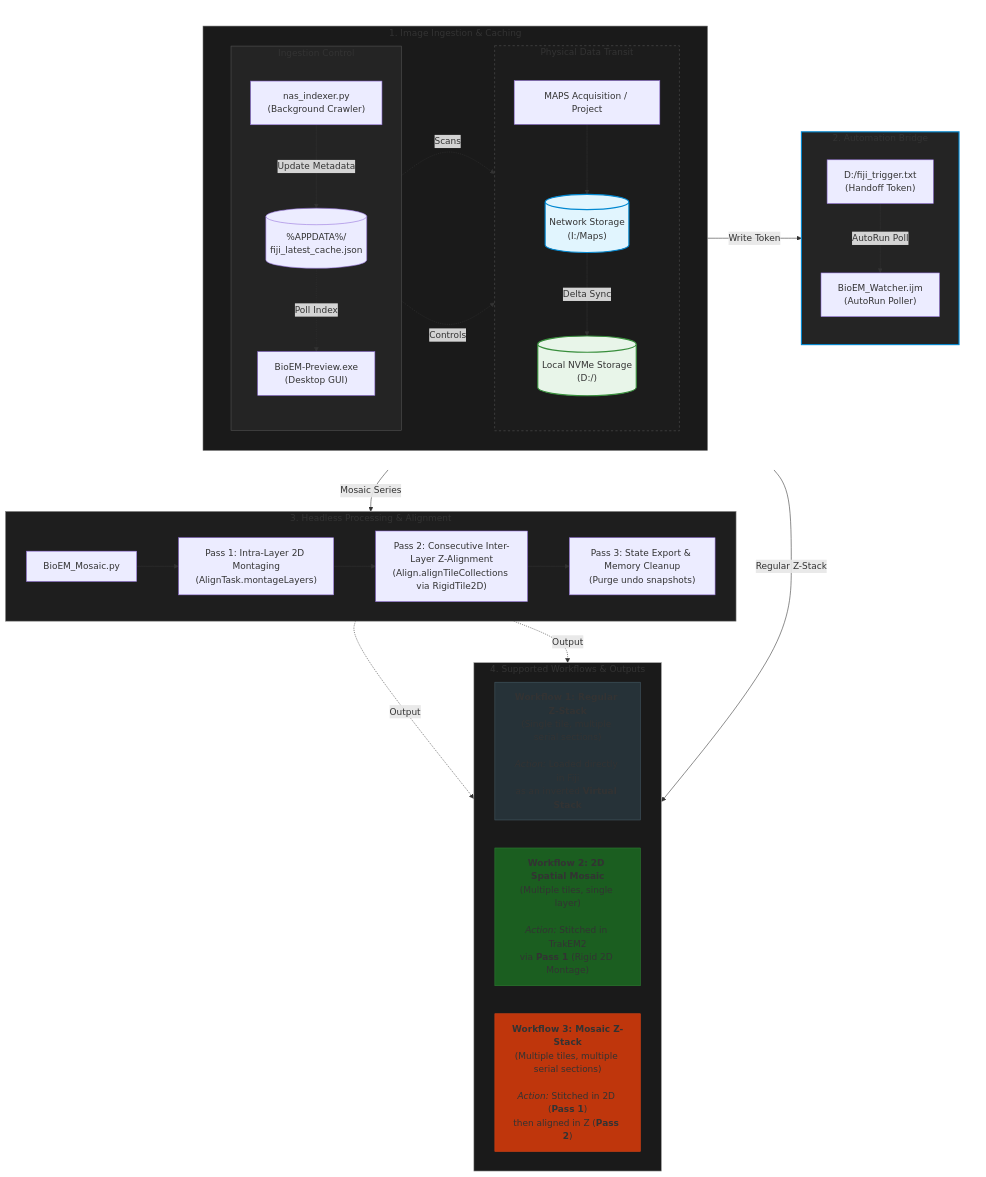
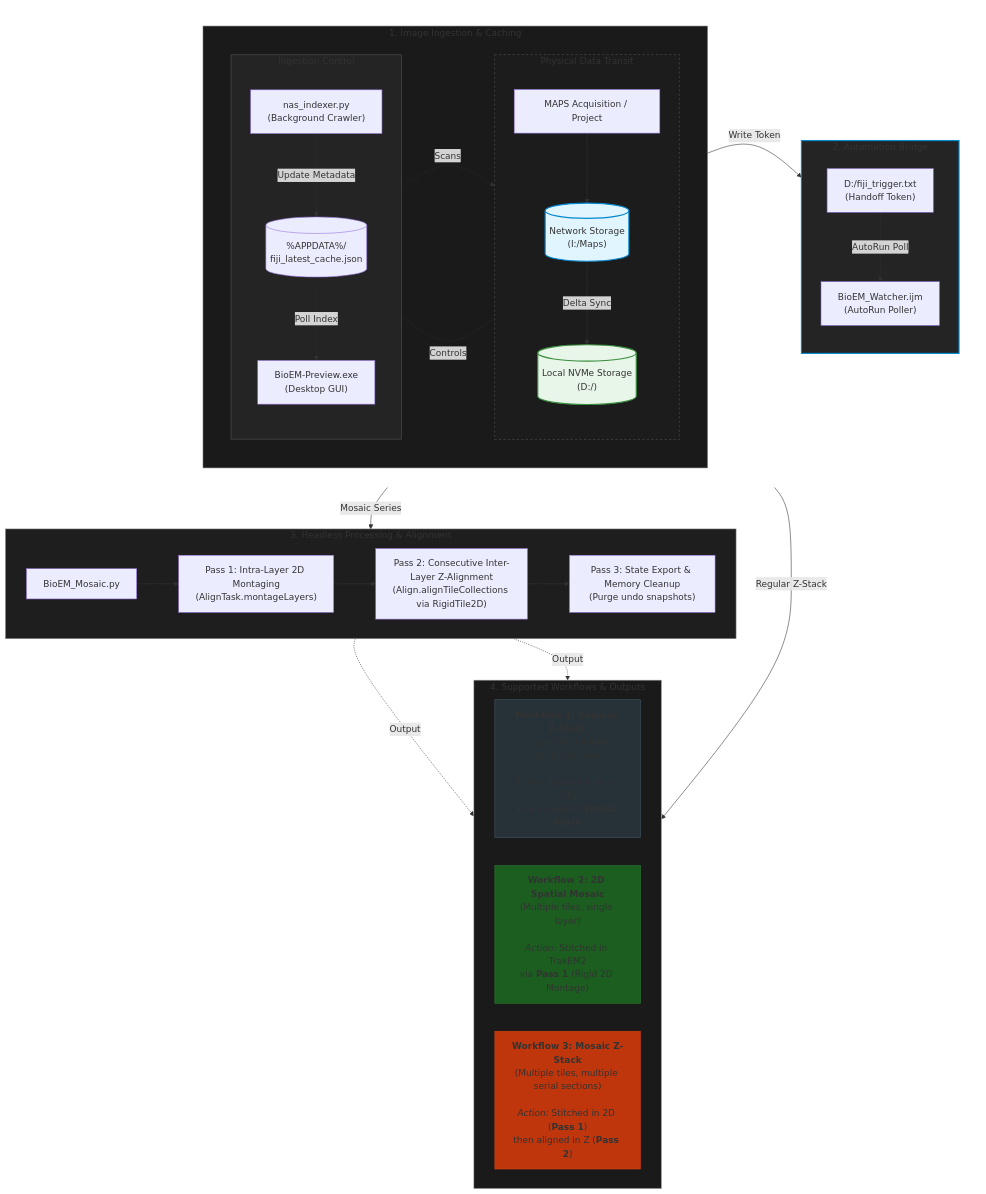
The diagram in README.md (leekslk/BioEM-Preview), drawn with Mermaid before and after one commit.

Commit message:
docs: final draft, correct markdown syntax and formating

````diff
--- a/README.md
+++ b/README.md
@@ -19,8 +19,16 @@
 ```mermaid
 flowchart TD
-    %% Top Level Container forcing Stage 1 and Stage 2 to share a bottom baseline
+    %% Top Row Container holding Stage 2 on the left and Stage 1 on the right
     subgraph TopRow [" "]
         direction LR
+
+        subgraph Stage2 [" 2. Automation Bridge "]
+            direction TB
+            Trig["D:/fiji_trigger.txt<br/>(Handoff Token)"]
+            Watcher["BioEM_Watcher.ijm<br/>(AutoRun Poller)"]
+
+            Trig -->|"AutoRun Poll"| Watcher
+        end
 
         subgraph Stage1 [" 1. Image Ingestion & Caching "]
             direction LR
@@ -45,21 +53,16 @@
                 NAS -->|"Delta Sync"| SSD
             end
 
-            %% Symmetric Cross-Links across the two columns
+            %% Explicit rank constraints: lock sub-boxes to identical vertical levels
+            Indexer ~~~ EM
             Indexer -.->|"Scans"| NAS
-            UI -.->|"Controls"| SSD
+            Cache ~~~ NAS
+            UI -.-|"Controls"| SSD
         end
 
-        subgraph Stage2 [" 2. Automation Bridge "]
-            direction TB
-            Trig["D:/fiji_trigger.txt<br/>(Handoff Token)"]
-            Watcher["BioEM_Watcher.ijm<br/>(AutoRun Poller)"]
-
-            Trig -->|"AutoRun Poll"| Watcher
-        end
-
-        %% Connection from UI directly into the center of Stage 2
+        %% Link UI to Stage 2 and lock Stage 2's bottom to Stage 1's bottom
         UI -->|"Write Token"| Trig
+        Watcher ~~~ UI
     end
 
     %% Middle Engine Stage
@@ -87,7 +90,7 @@
     P1 -.->|"Output"| WF2
     P3 -.->|"Output"| WF3
 
-    %% Styling & Theme Alignment
+    %% Styling
     style TopRow fill:none,stroke:none
     style Stage1 fill:#1a1a1a,stroke:#666,stroke-width:1px
     style Stage2 fill:#242424,stroke:#0288d1,stroke-width:2px
````
